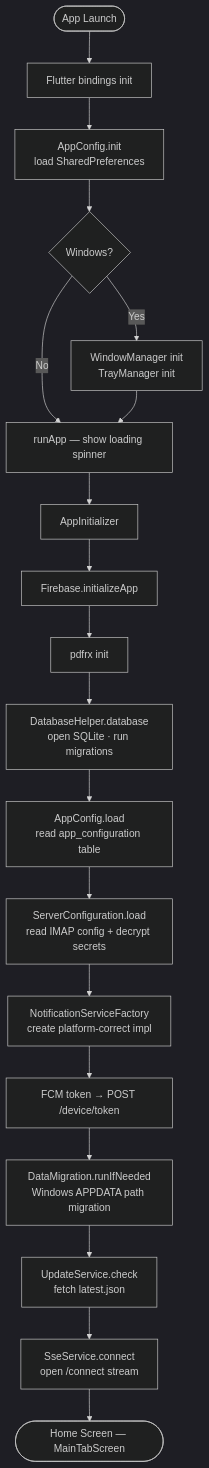
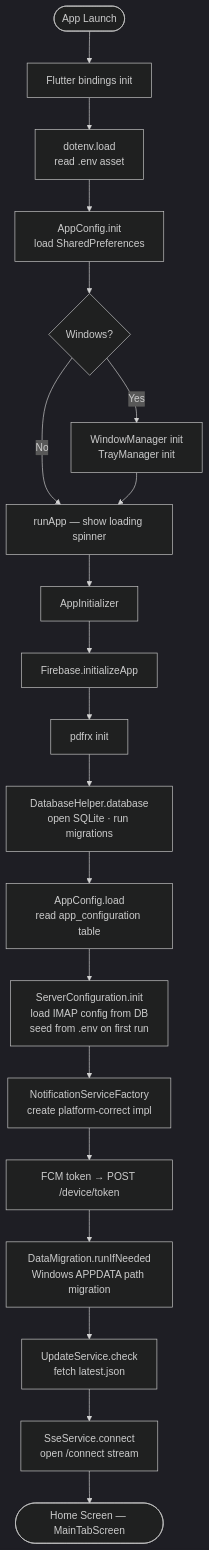
The third of 9 diagrams in README.md (KwasiAsante/UtilityBillsManager), drawn with Mermaid (dark theme) before and after one commit. The commit also changed other lines of this file, not shown here.

First line of the commit message:
docs: update README for flutter_dotenv migration

````diff
--- a/README.md
+++ b/README.md
@@ -106,21 +106,22 @@
 ```mermaid
 flowchart TD
     A([App Launch]) --> B[Flutter bindings init]
-    B --> C[AppConfig.init\nload SharedPreferences]
-    C --> D{Windows?}
-    D -- Yes --> E[WindowManager init\nTrayManager init]
-    D -- No --> F
-    E --> F[runApp — show loading spinner]
-    F --> G[AppInitializer]
-    G --> H[Firebase.initializeApp]
-    H --> I[pdfrx init]
-    I --> J[DatabaseHelper.database\nopen SQLite · run migrations]
-    J --> K[AppConfig.load\nread app_configuration table]
-    K --> L[ServerConfiguration.load\nread IMAP config + decrypt secrets]
-    L --> M[NotificationServiceFactory\ncreate platform-correct impl]
-    M --> N[FCM token → POST /device/token]
-    N --> O[DataMigration.runIfNeeded\nWindows APPDATA path migration]
-    O --> P[UpdateService.check\nfetch latest.json]
-    P --> Q[SseService.connect\nopen /connect stream]
-    Q --> R([Home Screen — MainTabScreen])
+    B --> C[dotenv.load\nread .env asset]
+    C --> D[AppConfig.init\nload SharedPreferences]
+    D --> E{Windows?}
+    E -- Yes --> F[WindowManager init\nTrayManager init]
+    E -- No --> G
+    F --> G[runApp — show loading spinner]
+    G --> H[AppInitializer]
+    H --> I[Firebase.initializeApp]
+    I --> J[pdfrx init]
+    J --> K[DatabaseHelper.database\nopen SQLite · run migrations]
+    K --> L[AppConfig.load\nread app_configuration table]
+    L --> M[ServerConfiguration.init\nload IMAP config from DB\nseed from .env on first run]
+    M --> N[NotificationServiceFactory\ncreate platform-correct impl]
+    N --> O[FCM token → POST /device/token]
+    O --> P[DataMigration.runIfNeeded\nWindows APPDATA path migration]
+    P --> Q[UpdateService.check\nfetch latest.json]
+    Q --> R[SseService.connect\nopen /connect stream]
+    R --> S([Home Screen — MainTabScreen])
 ```
````
